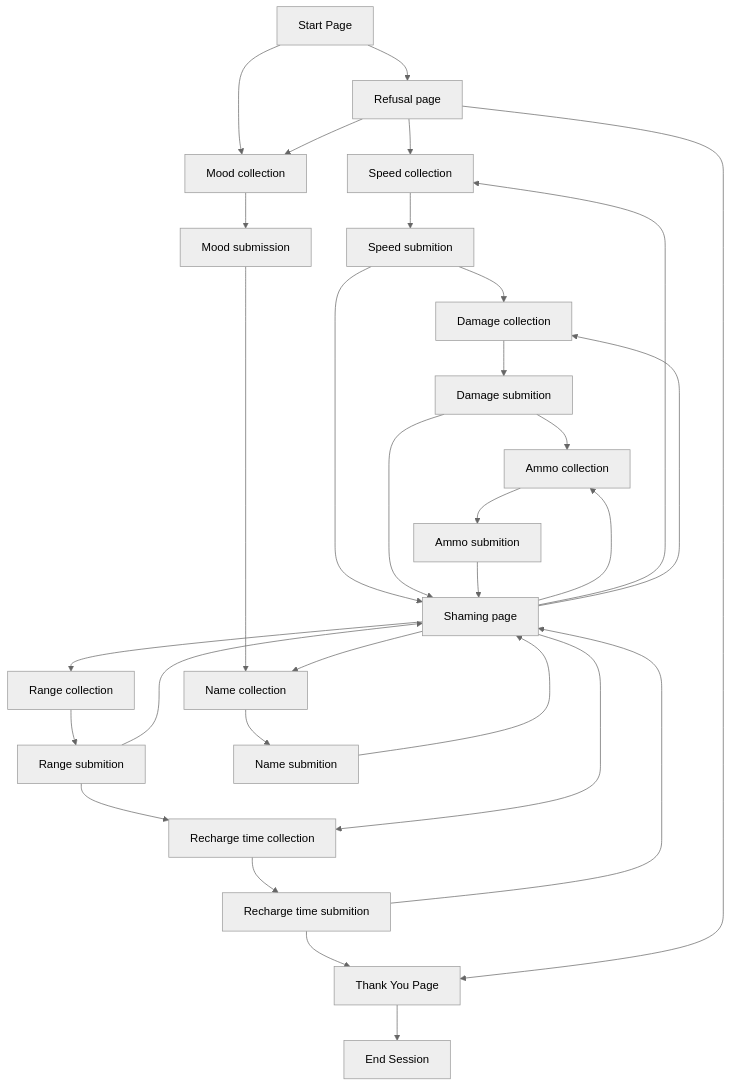
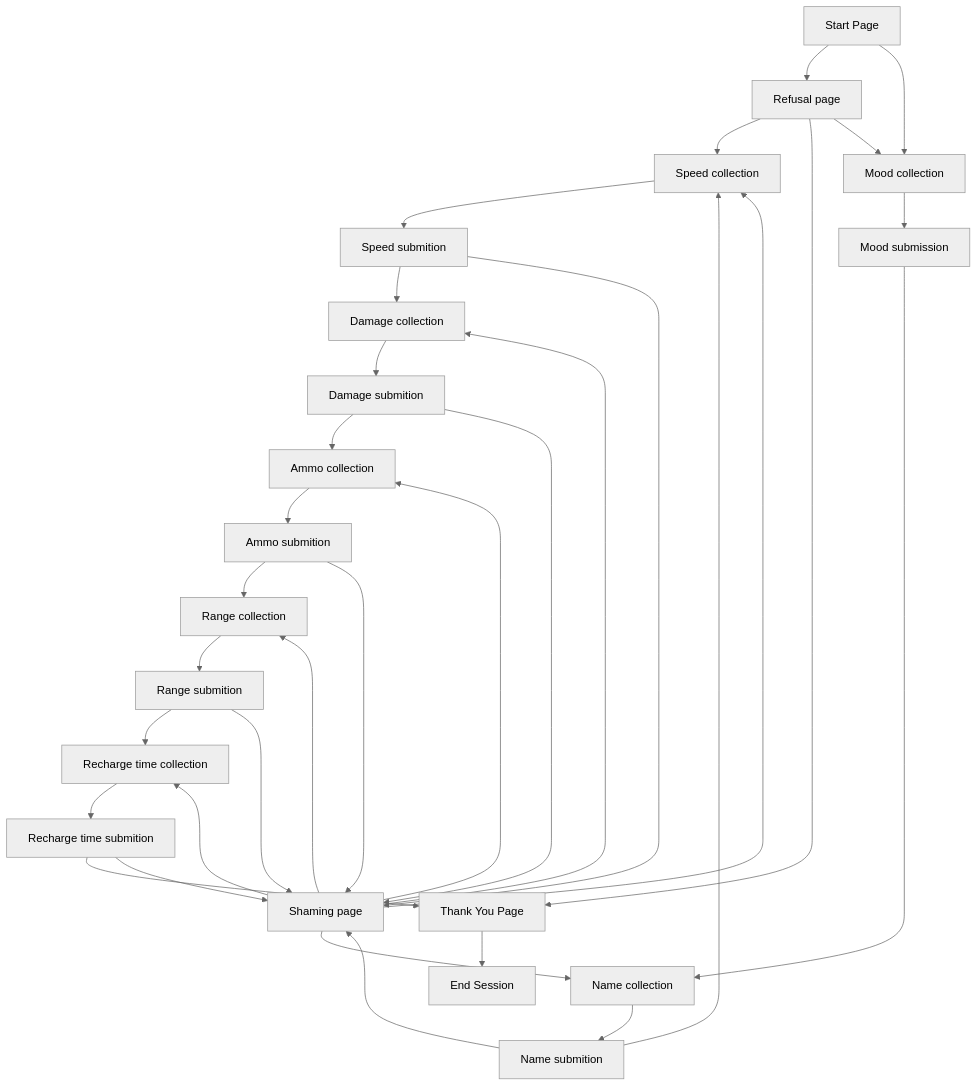
One commit to rchDev/game-of-points changed the second of 2 diagrams in docs/conv-agent.md. Above: the diagram before and after it, drawn with Mermaid (neutral theme).

````diff
--- a/docs/conv-agent.md
+++ b/docs/conv-agent.md
@@ -49,37 +49,39 @@
 ```mermaid
 graph TD
     StartPage["Start Page"] --> RefusalPage["Refusal page"]
     StartPage --> UserMoodCollection["Mood collection"]
     RefusalPage --> WeaponSpeedCollection["Speed collection"]
     WeaponSpeedCollection --> WeaponSpeedSubmission["Speed submition"]
     WeaponSpeedSubmission --> WeaponDamageCollection["Damage collection"]
     WeaponDamageCollection --> WeaponDamageSubmission["Damage submition"]
     ShamingPage["Shaming page"] --> WeaponAmmoCollection["Ammo collection"]
+    ThankYouPage --> EndSession["End Session"]
     WeaponAmmoCollection --> WeaponAmmoSubmission["Ammo submition"]
+    WeaponAmmoSubmission --> WeaponRangeCollection
     ShamingPage --> WeaponRangeCollection["Range collection"]
     WeaponRangeCollection --> WeaponRangeSubmission["Range submition"]
     WeaponRangeSubmission --> WeaponRechargeTimeCollection["Recharge time collection"]
     WeaponRechargeTimeCollection --> WeaponRechargeTimeSubmission["Recharge time submition"]
     WeaponRechargeTimeSubmission --> ThankYouPage["Thank You Page"]
-    ThankYouPage --> EndSession["End Session"]
     RefusalPage --> ThankYouPage
 
     UserMoodCollection --> UserMoodSubmission["Mood submission"]
     UserMoodSubmission --> WeaponNameCollection["Name collection"]
     WeaponNameCollection --> WeaponNameSubmission["Name submition"]
-
+    WeaponNameSubmission --> WeaponSpeedCollection
     RefusalPage --> UserMoodCollection
     WeaponDamageSubmission --> WeaponAmmoCollection
 
     WeaponNameSubmission --> ShamingPage
     WeaponSpeedSubmission --> ShamingPage
     WeaponDamageSubmission --> ShamingPage
     WeaponAmmoSubmission --> ShamingPage
     WeaponRechargeTimeSubmission --> ShamingPage
     WeaponRangeSubmission --> ShamingPage
 
+
     ShamingPage --> WeaponNameCollection
     ShamingPage --> WeaponSpeedCollection
     ShamingPage --> WeaponDamageCollection
     ShamingPage --> WeaponRechargeTimeCollection
 ```
````
